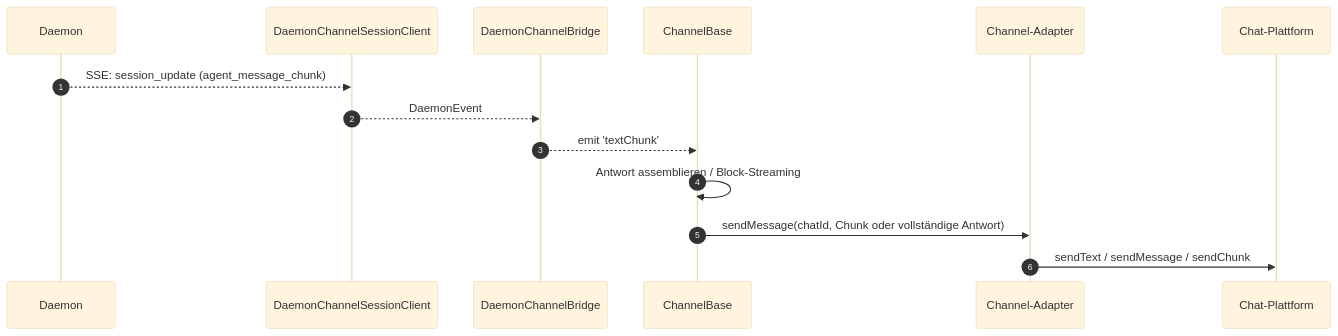
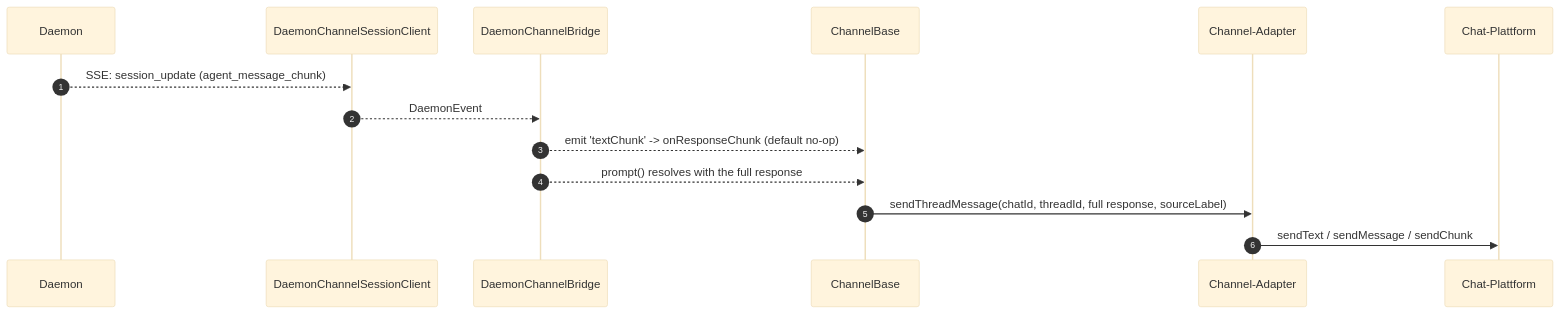
One commit to QwenLM/qwen-code-docs changed the second of 3 diagrams in website/content/de/developers/daemon/15-channel-adapters.md. Above: the diagram before and after it, drawn with Mermaid (base theme). The commit also changed other lines of this file and 168 other files, not shown here.

````diff
--- a/website/content/de/developers/daemon/15-channel-adapters.md
+++ b/website/content/de/developers/daemon/15-channel-adapters.md
@@ -132,17 +132,17 @@
 ```mermaid
 sequenceDiagram
     autonumber
     participant D as Daemon
     participant SC as DaemonChannelSessionClient
     participant BR as DaemonChannelBridge
     participant CB as ChannelBase
     participant AD as Channel-Adapter
     participant CH as Chat-Plattform
 
     D-->>SC: SSE: session_update (agent_message_chunk)
     SC-->>BR: DaemonEvent
-    BR-->>CB: emit 'textChunk'
-    CB->>CB: Antwort assemblieren / Block-Streaming
-    CB->>AD: sendMessage(chatId, Chunk oder vollständige Antwort)
+    BR-->>CB: emit 'textChunk' -> onResponseChunk (default no-op)
+    BR-->>CB: prompt() resolves with the full response
+    CB->>AD: sendThreadMessage(chatId, threadId, full response, sourceLabel)
     AD->>CH: sendText / sendMessage / sendChunk
 ```
````
